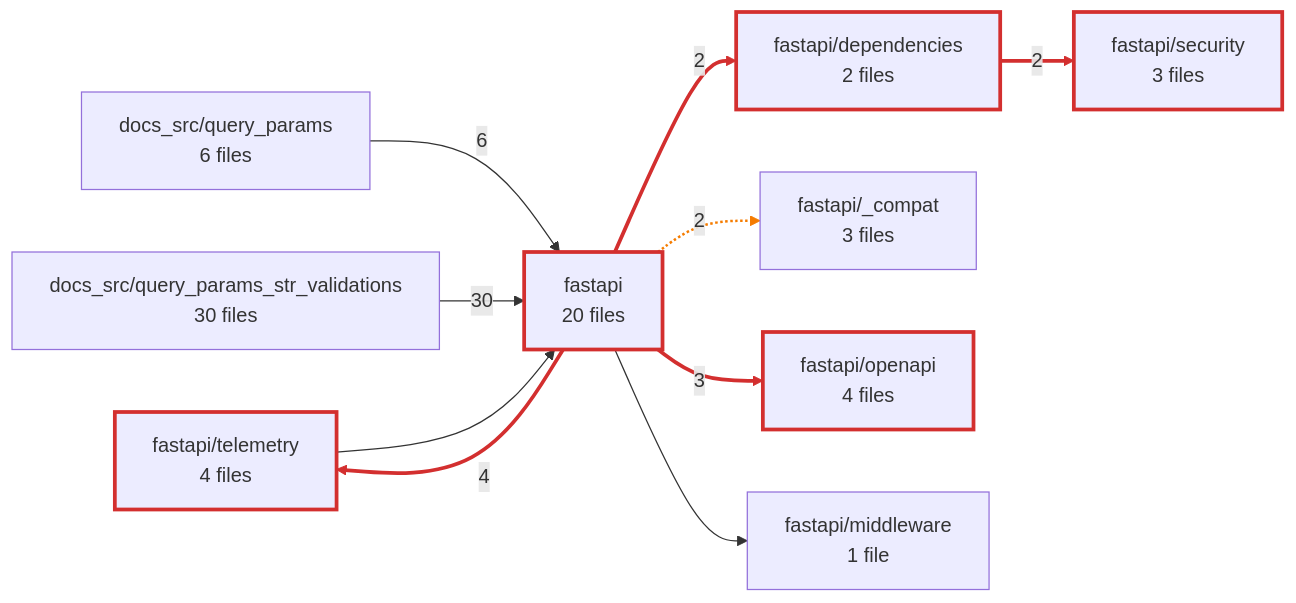
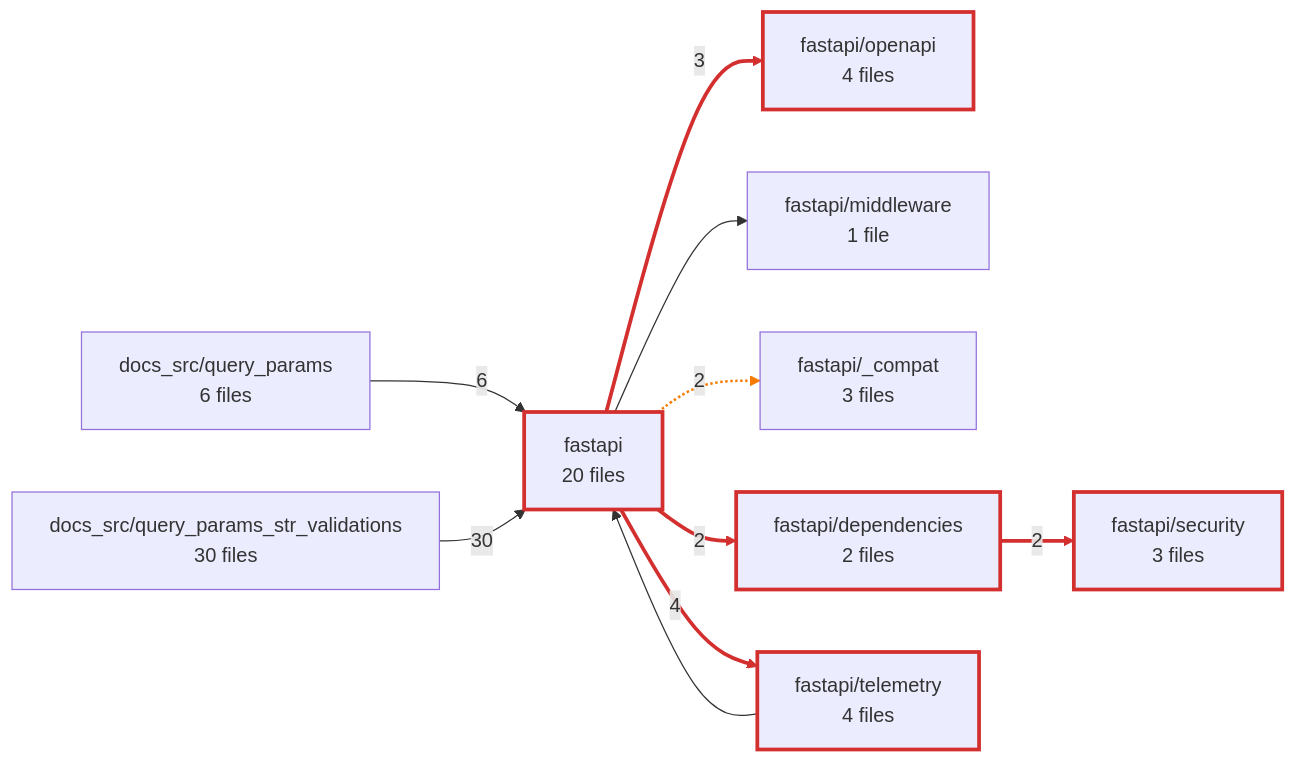
Before and after one commit to mohdzain98/gnost: diagram 27 of 36 in docs/gallery/fastapi/flow/folder-paths.md, drawn with Mermaid. The commit also changed other lines of this file and 29 other files, not shown here.

````diff
--- a/docs/gallery/fastapi/flow/folder-paths.md
+++ b/docs/gallery/fastapi/flow/folder-paths.md
@@ -2251,25 +2251,25 @@
 ```mermaid
 flowchart LR
-  dir_fastapi_telemetry["fastapi/telemetry<br/>4 files"]
   dir_fastapi["fastapi<br/>20 files"]
-  dir_fastapi_dependencies["fastapi/dependencies<br/>2 files"]
-  dir_fastapi__compat["fastapi/_compat<br/>3 files"]
+  dir_fastapi_openapi["fastapi/openapi<br/>4 files"]
   dir_docs_src_query_params_str_validations["docs_src/query_params_str_validations<br/>30 files"]
   dir_docs_src_query_params["docs_src/query_params<br/>6 files"]
-  dir_fastapi_openapi["fastapi/openapi<br/>4 files"]
   dir_fastapi_middleware["fastapi/middleware<br/>1 file"]
+  dir_fastapi__compat["fastapi/_compat<br/>3 files"]
+  dir_fastapi_dependencies["fastapi/dependencies<br/>2 files"]
+  dir_fastapi_telemetry["fastapi/telemetry<br/>4 files"]
   dir_fastapi_security["fastapi/security<br/>3 files"]
   dir_docs_src_query_params -->|6| dir_fastapi
   dir_docs_src_query_params_str_validations -->|30| dir_fastapi
   dir_fastapi -.->|2| dir_fastapi__compat
   dir_fastapi ==>|2| dir_fastapi_dependencies
   dir_fastapi --> dir_fastapi_middleware
   dir_fastapi ==>|3| dir_fastapi_openapi
   dir_fastapi ==>|4| dir_fastapi_telemetry
   dir_fastapi_dependencies ==>|2| dir_fastapi_security
   dir_fastapi_telemetry --> dir_fastapi
   linkStyle 2 stroke:#f57c00,stroke-width:2px
   linkStyle 3,5,6,7 stroke:#d32f2f,stroke-width:3px
   classDef cycle stroke:#d32f2f,stroke-width:3px
-  class dir_fastapi_telemetry,dir_fastapi,dir_fastapi_dependencies,dir_fastapi_openapi,dir_fastapi_security cycle
+  class dir_fastapi,dir_fastapi_openapi,dir_fastapi_dependencies,dir_fastapi_telemetry,dir_fastapi_security cycle
 ```
````
